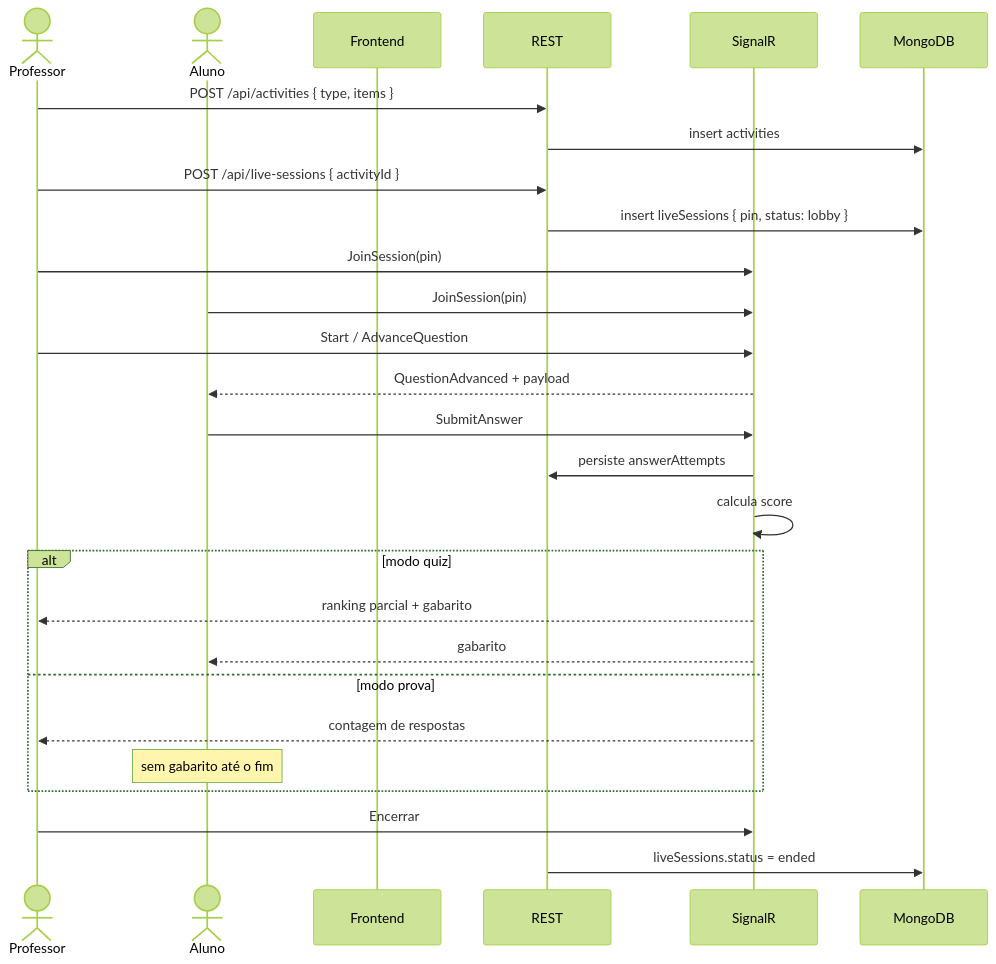
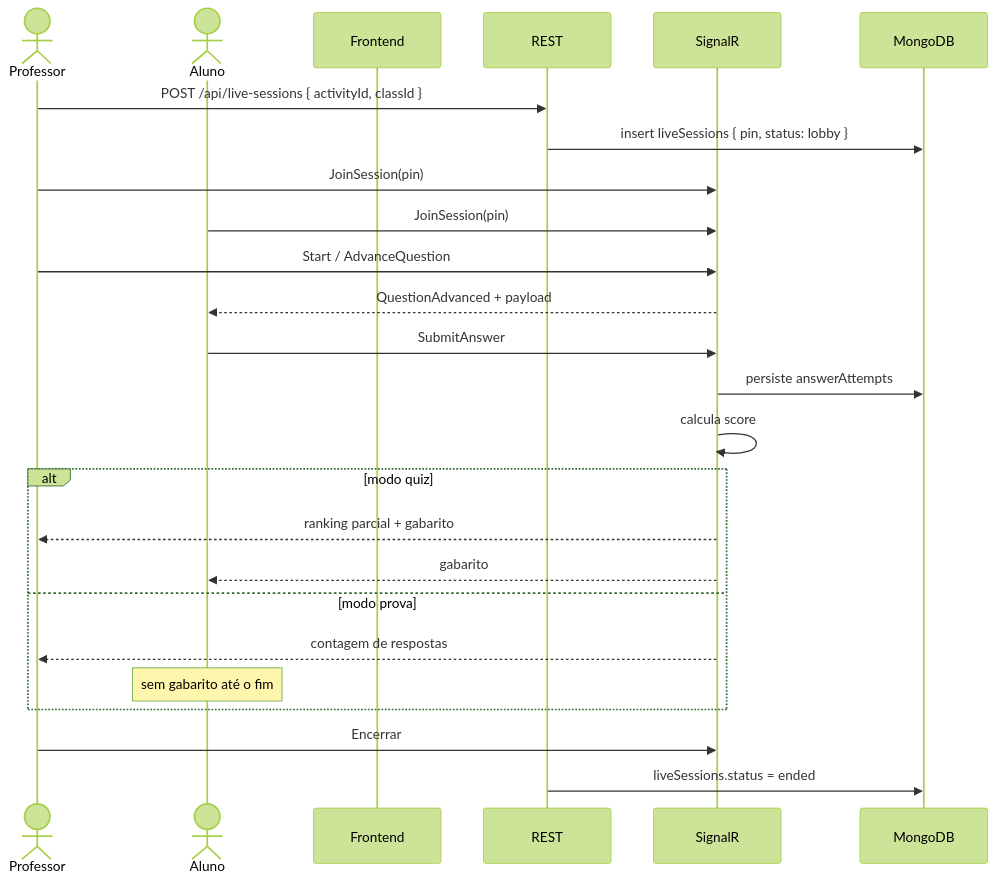
Before and after one commit to brenorosa10/Projeto_TCC: the eighth of 9 diagrams in docs/diagrama-arquitetura.md, drawn with Mermaid (forest theme). The commit also changed other lines of this file and 31 other files, not shown here.

````diff
--- a/docs/diagrama-arquitetura.md
+++ b/docs/diagrama-arquitetura.md
@@ -259,30 +336,28 @@
 ```mermaid
 sequenceDiagram
   actor P as Professor
   actor A as Aluno
   participant FE as Frontend
   participant API as REST
   participant HUB as SignalR
   participant DB as MongoDB
 
-  P->>API: POST /api/activities { type, items }
-  API->>DB: insert activities
-  P->>API: POST /api/live-sessions { activityId }
+  P->>API: POST /api/live-sessions { activityId, classId }
   API->>DB: insert liveSessions { pin, status: lobby }
   P->>HUB: JoinSession(pin)
   A->>HUB: JoinSession(pin)
   P->>HUB: Start / AdvanceQuestion
   HUB-->>A: QuestionAdvanced + payload
   A->>HUB: SubmitAnswer
-  HUB->>API: persiste answerAttempts
+  HUB->>DB: persiste answerAttempts
   HUB->>HUB: calcula score
   alt modo quiz
     HUB-->>P: ranking parcial + gabarito
     HUB-->>A: gabarito
   else modo prova
     HUB-->>P: contagem de respostas
     Note over A: sem gabarito até o fim
   end
   P->>HUB: Encerrar
   API->>DB: liveSessions.status = ended
 ```
````
